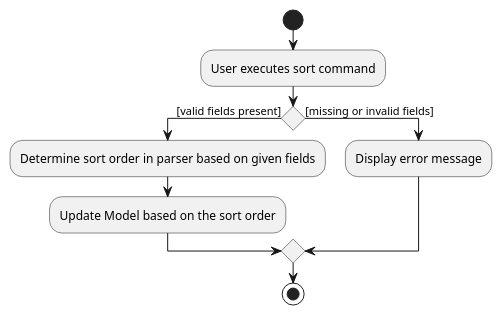
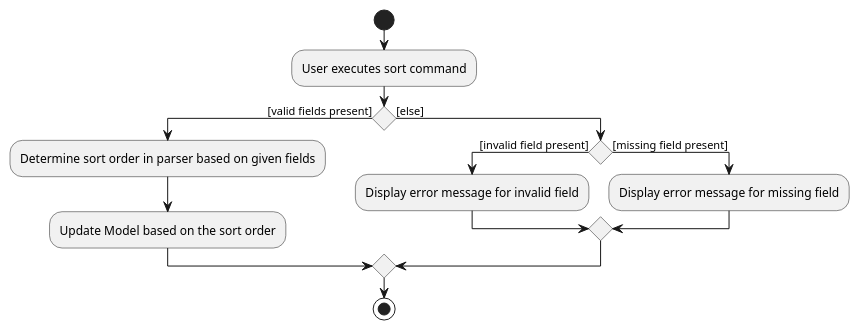
Before and after one commit to nus-cs2103-AY1920S1/addressbook-level3: the diagram in docs/diagrams/SortActivityDiagram.puml, drawn with PlantUML. The commit also changed 32 other files, not shown here.

Commit message:
Update all diagrams in DG

```diff
--- a/docs/diagrams/SortActivityDiagram.puml
+++ b/docs/diagrams/SortActivityDiagram.puml
@@ -1,15 +1,19 @@
 @startuml
 start
 :User executes sort command;
 
 'Since the beta syntax does not support placing the condition outside the
 'diamond we place it as the true branch instead.
 
 if () then ([valid fields present])
     :Determine sort order in parser based on given fields;
     :Update Model based on the sort order;
-else ([missing or invalid fields])
-    :Display error message;
+else ([else])
+ if () then([invalid field present])
+    :Display error message for invalid field;
+ else ([missing field present])
+    :Display error message for missing field;
+ endif
 endif
 stop
 @enduml
```
